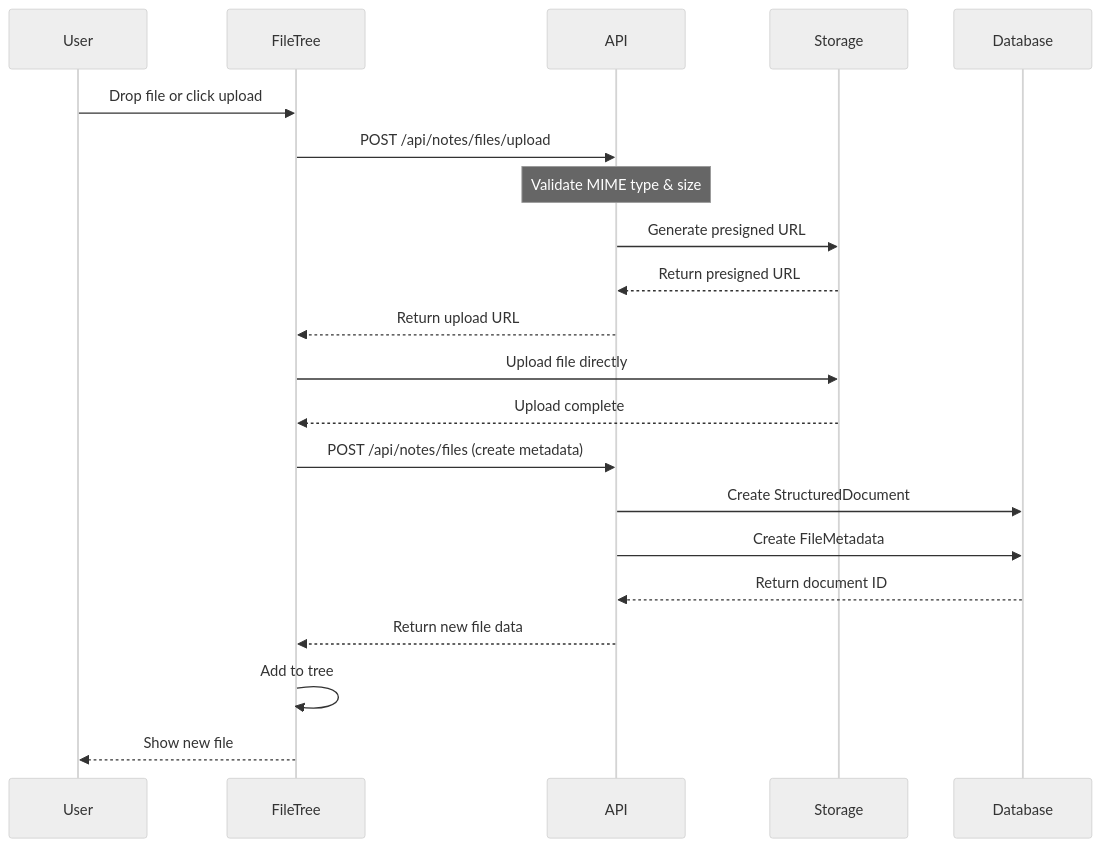
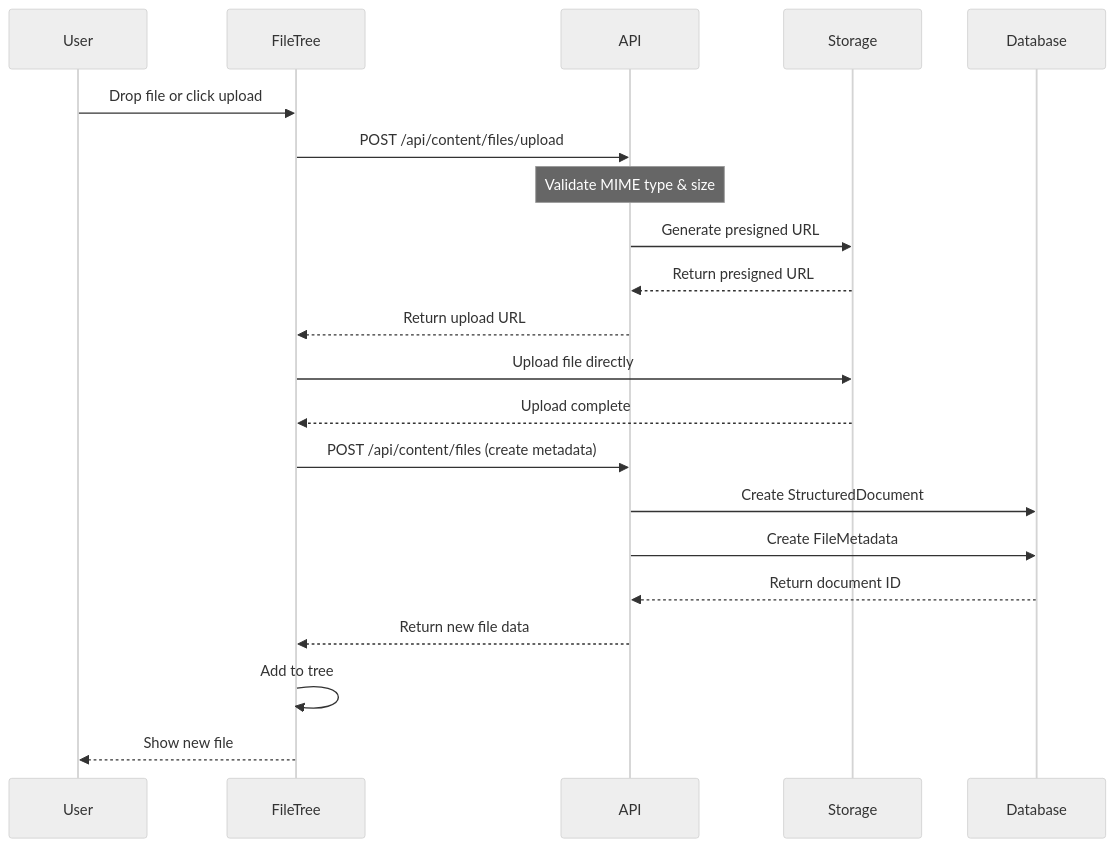
Before and after one commit to CenterValentine/Digital-Garden: the fourth of 6 diagrams in docs/notes-feature/01-architecture.md, drawn with Mermaid (neutral theme). The commit also changed other lines of this file and 73 other files, not shown here.

First line of the commit message:
docs: Update all documentation for monorepo removal and notes→content rename

````diff
--- a/docs/notes-feature/01-architecture.md
+++ b/docs/notes-feature/01-architecture.md
@@ -221,26 +221,26 @@
 ```mermaid
 sequenceDiagram
     participant User
     participant FileTree
     participant API
     participant Storage
     participant Database
 
     User->>FileTree: Drop file or click upload
-    FileTree->>API: POST /api/notes/files/upload
+    FileTree->>API: POST /api/content/files/upload
     Note over API: Validate MIME type & size
     API->>Storage: Generate presigned URL
     Storage-->>API: Return presigned URL
     API-->>FileTree: Return upload URL
 
     FileTree->>Storage: Upload file directly
     Storage-->>FileTree: Upload complete
 
-    FileTree->>API: POST /api/notes/files (create metadata)
+    FileTree->>API: POST /api/content/files (create metadata)
     API->>Database: Create StructuredDocument
     API->>Database: Create FileMetadata
     Database-->>API: Return document ID
     API-->>FileTree: Return new file data
     FileTree->>FileTree: Add to tree
     FileTree-->>User: Show new file
 ```
````
